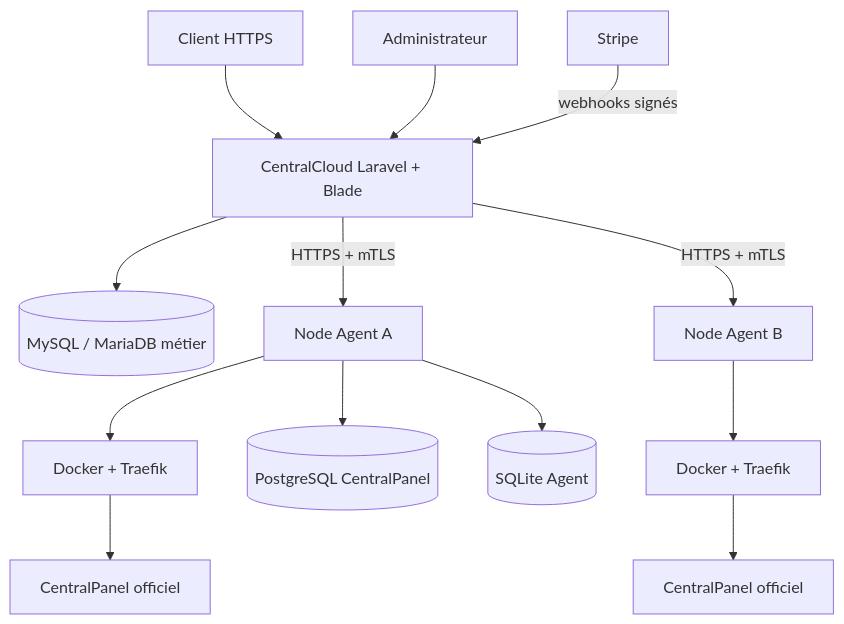
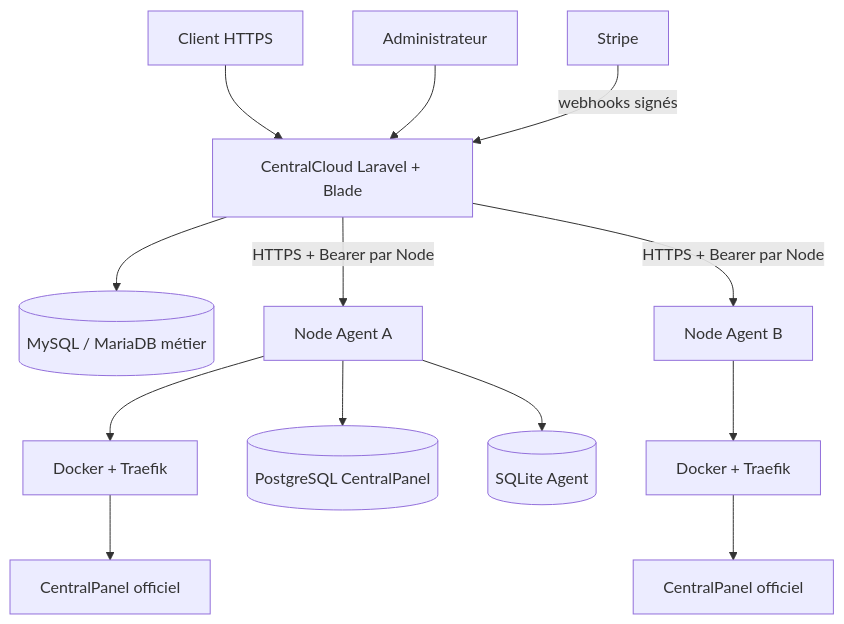
Before and after one commit to CentralCorp-Cloud/Control-Client: the diagram in docs/architecture.md, drawn with Mermaid. The commit also changed 22 other files, not shown here.

Commit message:
feat: enroll nodes with per-node bearer tokens

````diff
--- a/docs/architecture.md
+++ b/docs/architecture.md
@@ -3,15 +3,15 @@
 ```mermaid
 flowchart TD
     U[Client HTTPS] --> C[CentralCloud Laravel + Blade]
     A[Administrateur] --> C
     S[Stripe] -->|webhooks signés| C
     C --> M[(MySQL / MariaDB métier)]
-    C -->|HTTPS + mTLS| N1[Node Agent A]
-    C -->|HTTPS + mTLS| N2[Node Agent B]
+    C -->|HTTPS + Bearer par Node| N1[Node Agent A]
+    C -->|HTTPS + Bearer par Node| N2[Node Agent B]
     N1 --> D1[Docker + Traefik]
     N1 --> P1[(PostgreSQL CentralPanel)]
     N1 --> Q1[(SQLite Agent)]
     N2 --> D2[Docker + Traefik]
     D1 --> CP1[CentralPanel officiel]
     D2 --> CP2[CentralPanel officiel]
 ```
````
